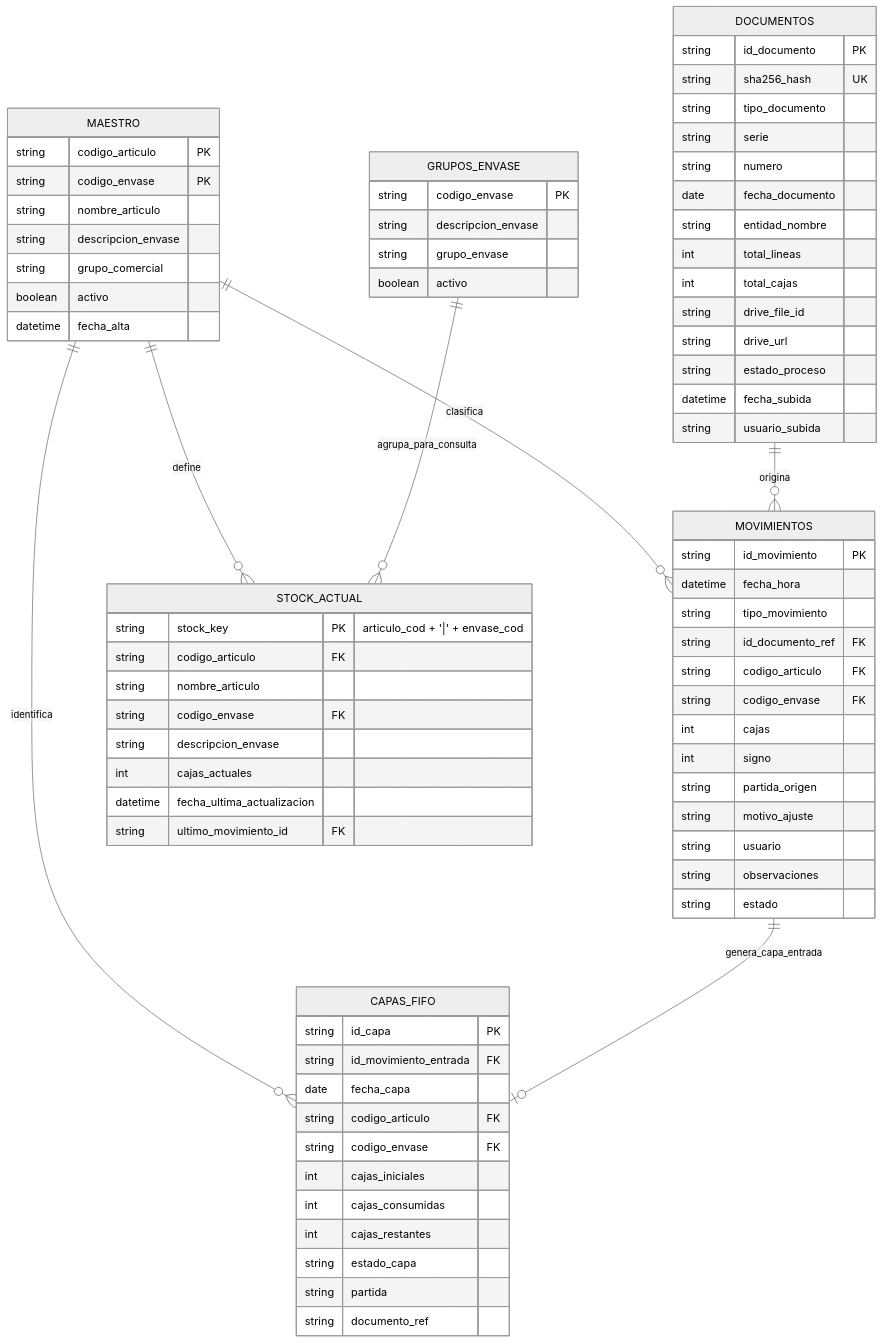
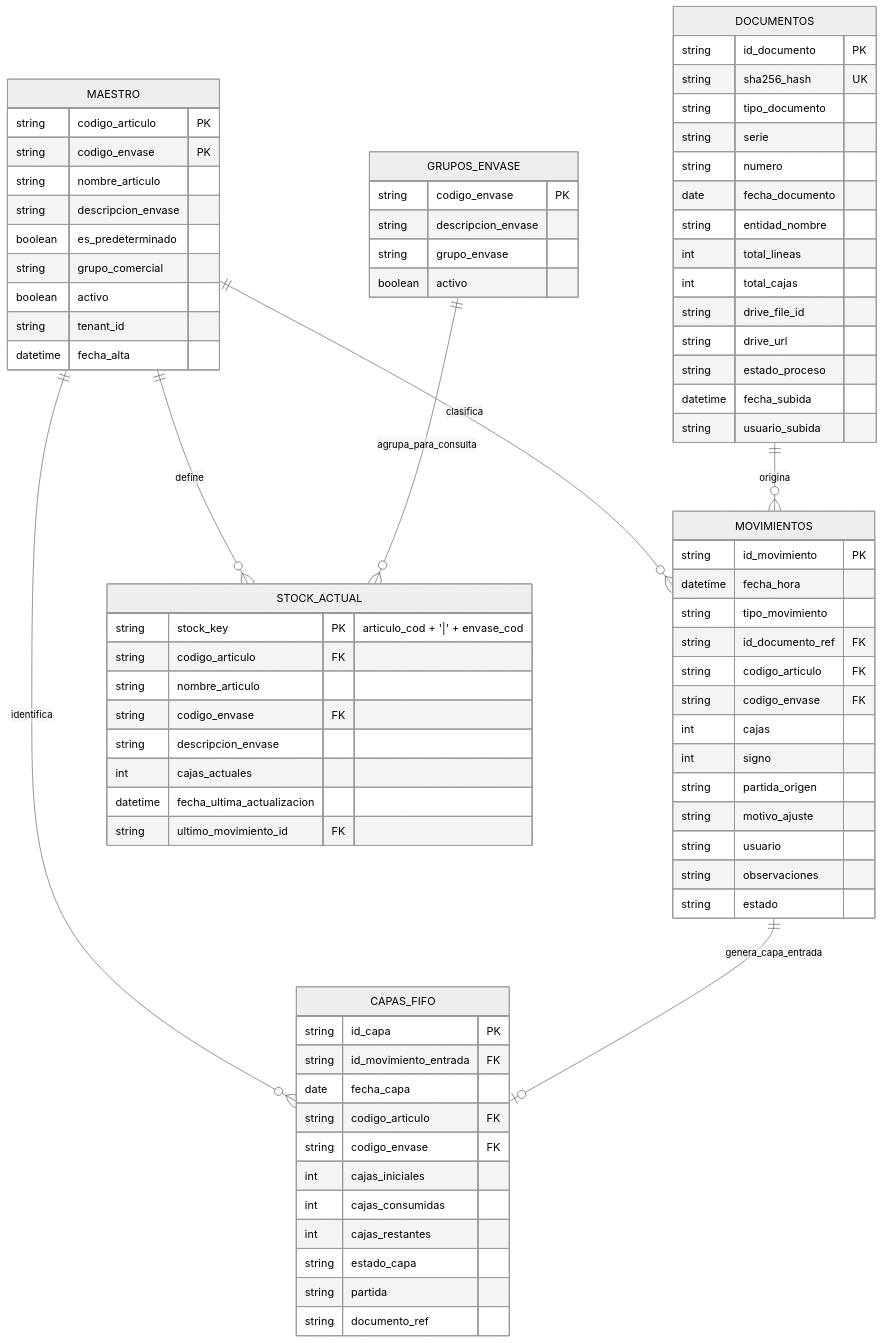
One commit to johannmartlo/STOCK-LIGHT changed the diagram in DATA_MODEL.md. Above: the diagram before and after it, drawn with Mermaid (neutral theme). The commit also changed other lines of this file and 21 other files, not shown here.

```diff
--- a/DATA_MODEL.md
+++ b/DATA_MODEL.md
@@ -35,8 +35,10 @@
         string codigo_envase PK
         string nombre_articulo
         string descripcion_envase
+        boolean es_predeterminado
         string grupo_comercial
         boolean activo
+        string tenant_id
         datetime fecha_alta
     }
 
```
